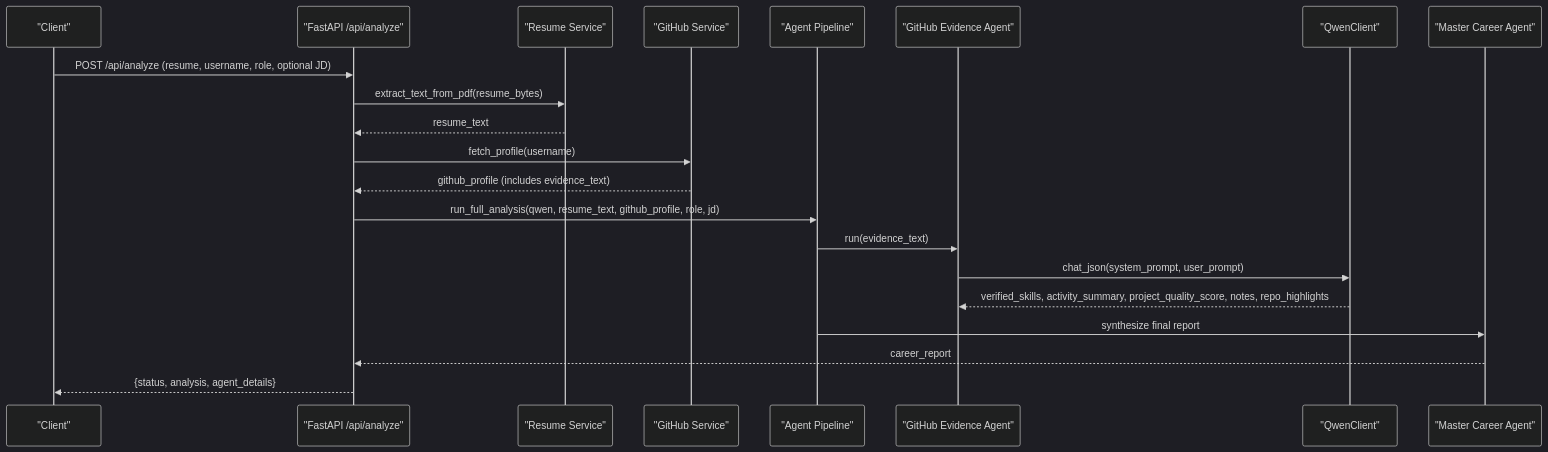
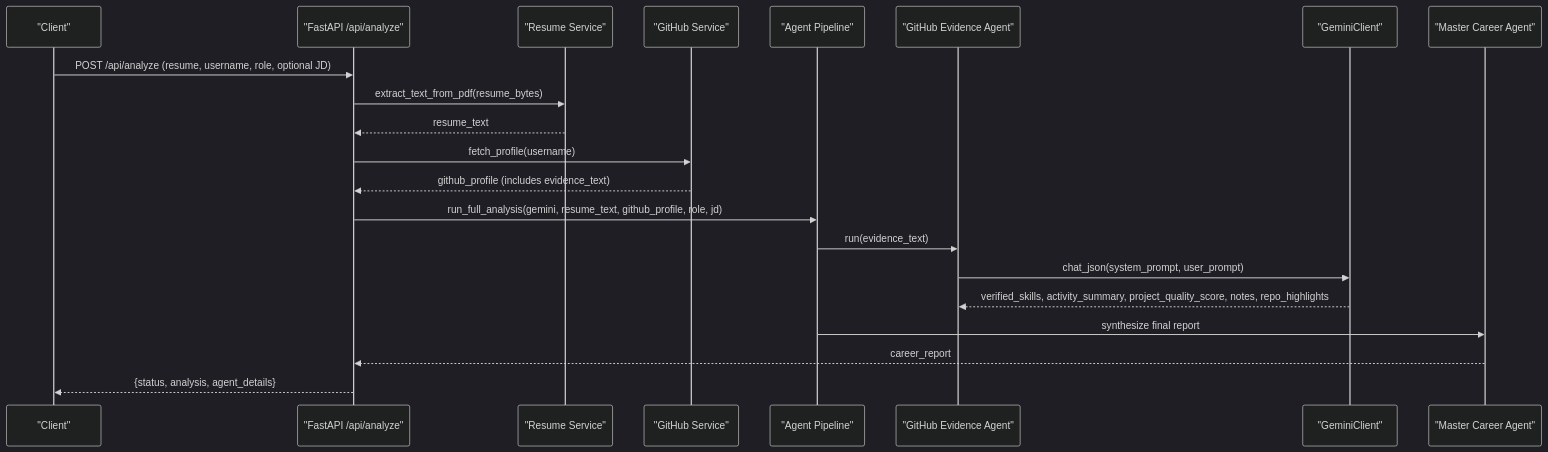
The second of 5 diagrams in .qoder/repowiki/en/content/Multi-Agent System/GitHub Evidence Agent.md (waqarimran342/CareerOS-AI), drawn with Mermaid (dark theme) before and after one commit. The commit also changed other lines of this file and 32 other files, not shown here.

````diff
--- a/.qoder/repowiki/en/content/Multi-Agent System/GitHub Evidence Agent.md
+++ b/.qoder/repowiki/en/content/Multi-Agent System/GitHub Evidence Agent.md
@@ -73,23 +81,23 @@
 ```mermaid
 sequenceDiagram
 participant C as "Client"
 participant A as "FastAPI /api/analyze"
 participant RS as "Resume Service"
 participant GS as "GitHub Service"
 participant P as "Agent Pipeline"
 participant GE as "GitHub Evidence Agent"
-participant QC as "QwenClient"
+participant QC as "GeminiClient"
 participant M as "Master Career Agent"
 C->>A : POST /api/analyze (resume, username, role, optional JD)
 A->>RS : extract_text_from_pdf(resume_bytes)
 RS-->>A : resume_text
 A->>GS : fetch_profile(username)
 GS-->>A : github_profile (includes evidence_text)
-A->>P : run_full_analysis(qwen, resume_text, github_profile, role, jd)
+A->>P : run_full_analysis(gemini, resume_text, github_profile, role, jd)
 P->>GE : run(evidence_text)
 GE->>QC : chat_json(system_prompt, user_prompt)
 QC-->>GE : verified_skills, activity_summary, project_quality_score, notes, repo_highlights
 P->>M : synthesize final report
 M-->>A : career_report
 A-->>C : {status, analysis, agent_details}
 ```
````
